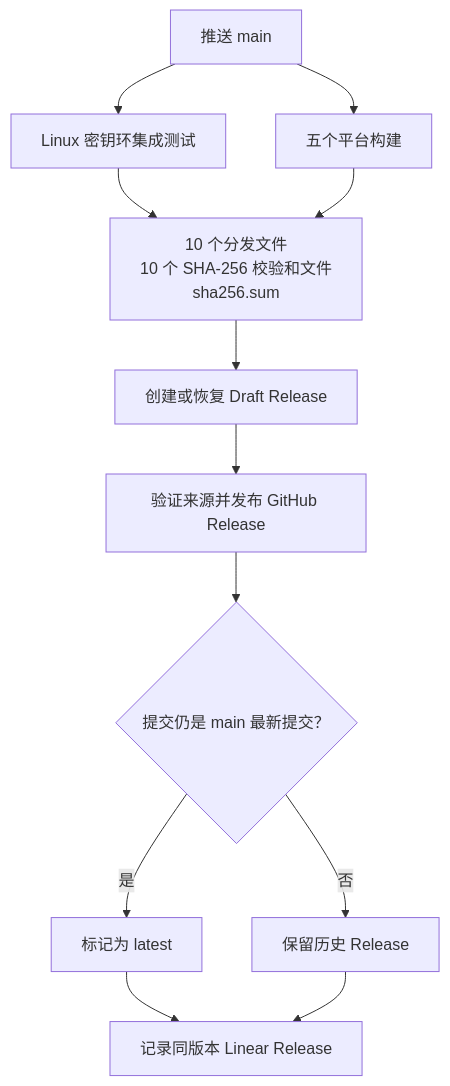
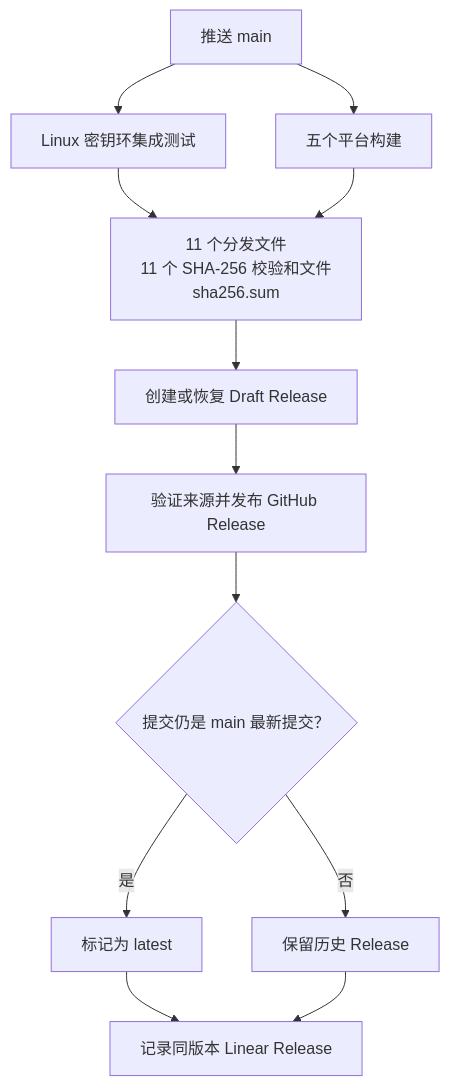
One commit to jihuanshe/linear changed the diagram in .agents/skills/releasing/SKILL.md. Above: the diagram before and after it, drawn with Mermaid. The commit also changed other lines of this file and 4 other files, not shown here.

````diff
--- a/.agents/skills/releasing/SKILL.md
+++ b/.agents/skills/releasing/SKILL.md
@@ -61,14 +61,14 @@
 ```mermaid
 flowchart TD
   push["推送 main"] --> keyring["Linux 密钥环集成测试"]
   push --> builds["五个平台构建"]
-  keyring --> assets["10 个分发文件<br/>10 个 SHA-256 校验和文件<br/>sha256.sum"]
+  keyring --> assets["11 个分发文件<br/>11 个 SHA-256 校验和文件<br/>sha256.sum"]
   builds --> assets
   assets --> draft["创建或恢复 Draft Release"]
   draft --> attest["验证来源并发布 GitHub Release"]
   attest --> head{"提交仍是 main 最新提交？"}
   head -->|是| latest["标记为 latest"]
   head -->|否| history["保留历史 Release"]
   latest --> linear["记录同版本 Linear Release"]
   history --> linear
 ```
````
